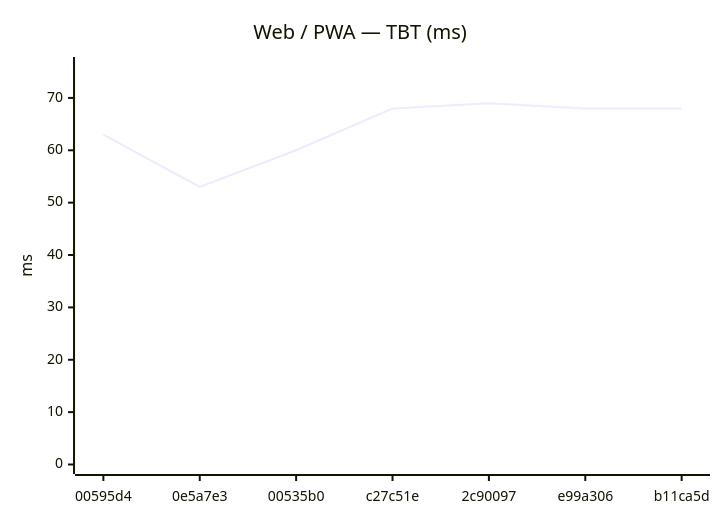
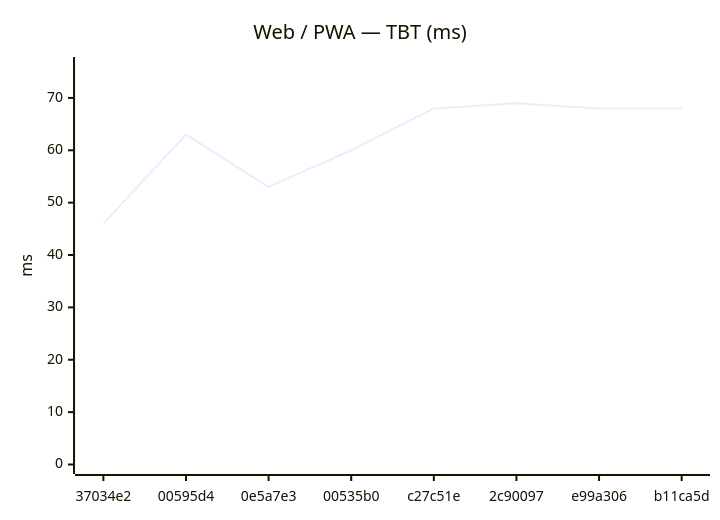
One commit to Metaheurist/Rianell changed the second of 24 diagrams in benchmarks/compare.md. Above: the diagram before and after it, drawn with Mermaid. The commit also changed other lines of this file and 12 other files, not shown here.

````diff
--- a/benchmarks/compare.md
+++ b/benchmarks/compare.md
@@ -28,7 +29,7 @@
 ```mermaid
 xychart-beta
     title "Web / PWA — TBT (ms)"
-    x-axis ["00595d4", "0e5a7e3", "00535b0", "c27c51e", "2c90097", "e99a306", "b11ca5d"]
+    x-axis ["37034e2", "00595d4", "0e5a7e3", "00535b0", "c27c51e", "2c90097", "e99a306", "b11ca5d"]
     y-axis "ms" 0 --> 76
-    line [63, 53, 60, 68, 69, 68, 68]
+    line [46, 63, 53, 60, 68, 69, 68, 68]
 ```
````
